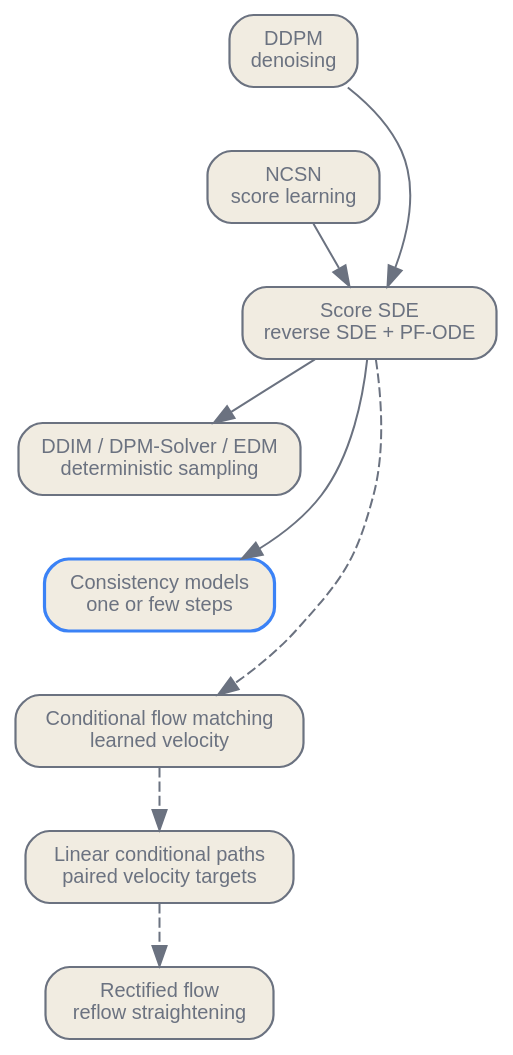
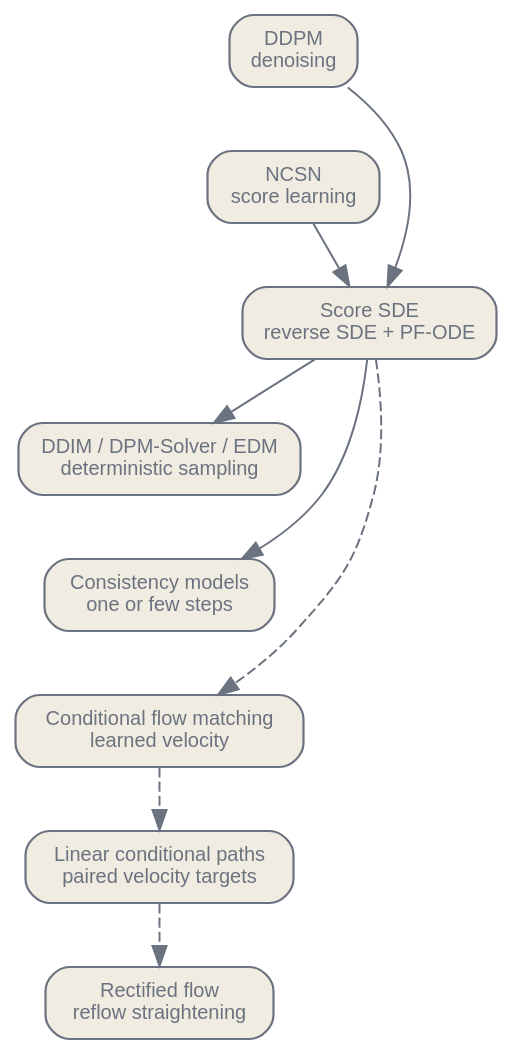
The diagram in en/generative/01-diffusion-flow-matching.qmd (latere-ai/ai-as-an-infrastructure), drawn with Graphviz before and after one commit. The commit also changed 1 other file, not shown here.

Commit message:
generative: explain the lineage map's edge styles and drop its unexplained highlight

````diff
--- a/en/generative/01-diffusion-flow-matching.qmd
+++ b/en/generative/01-diffusion-flow-matching.qmd
@@ -534,32 +534,32 @@
 ```{dot}
 //| label: fig-diffusion-lineage
-//| fig-cap: "A relation map, not a strict publication genealogy. DDPM and noise-conditional scores meet in the SDE framework; its probability-flow ODE supports deterministic solvers and consistency methods. Flow matching can use diffusion or linear conditional paths, while rectified flow is a related linear-path formulation."
+//| fig-cap: "A relation map, not a strict publication genealogy. DDPM and noise-conditional scores meet in the SDE framework; its probability-flow ODE supports deterministic solvers and consistency methods. Flow matching can use diffusion or linear conditional paths, while rectified flow is a related linear-path formulation. A solid edge points from a construction to a method built on it; a dashed edge marks a shared choice of path."
 digraph relations {
   rankdir=TB;
   ranksep=0.45;
   nodesep=0.30;
   bgcolor="transparent";
   node [shape=box, style="rounded,filled", fontname="Helvetica", fontsize=10, color="#6b7280", fontcolor="#6b7280", fillcolor="#f1ece1", penwidth=1.1];
   edge [fontname="Helvetica", fontsize=9, color="#6b7280", fontcolor="#6b7280"];
 
   ddpm [label="DDPM\ndenoising"];
   ncsn [label="NCSN\nscore learning"];
   sde [label="Score SDE\nreverse SDE + PF-ODE"];
   solver [label="DDIM / DPM-Solver / EDM\ndeterministic sampling"];
-  cm [label="Consistency models\none or few steps", color="#3b82f6", penwidth=1.6];
+  cm [label="Consistency models\none or few steps"];
   fm [label="Conditional flow matching\nlearned velocity"];
   linear [label="Linear conditional paths\npaired velocity targets"];
   rf [label="Rectified flow\nreflow straightening"];
 
   ddpm -> ncsn [style=invis, weight=10];
   ddpm -> sde;
   ncsn -> sde;
   sde -> solver;
   solver -> cm [style=invis, weight=10];
   sde -> cm;
   cm -> fm [style=invis, weight=10];
   sde -> fm [style=dashed];
   fm -> linear [style=dashed];
   linear -> rf [style=dashed];
 }
 ```
````
